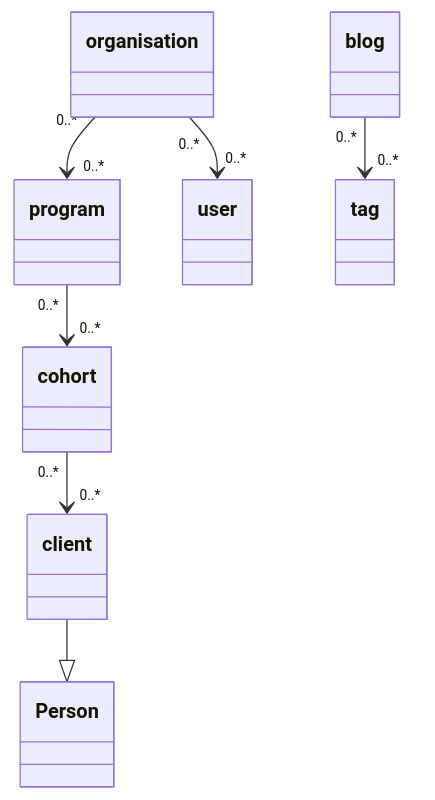
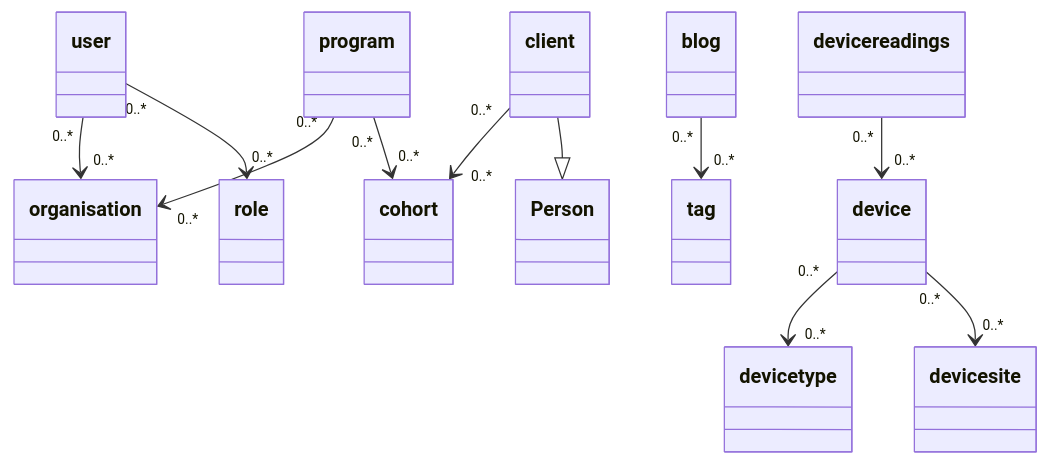
One commit to Qiksar/crudio changed the diagram in README.md. Above: the diagram before and after it, drawn with Mermaid. The commit also changed other lines of this file, not shown here.

````diff
--- a/README.md
+++ b/README.md
@@ -98,9 +128,13 @@
 ```mermaid
 classDiagram
-organisation "0..*"-->"0..*" program
-organisation "0..*"-->"0..*" user
+user "0..*"-->"0..*" organisation
+user  "0..*"-->"0..*" role
+program "0..*"-->"0..*" organisation
 program "0..*" --> "0..*" cohort
-cohort "0..*" --> "0..*" client
+client "0..*" --> "0..*" cohort
 blog "0..*" --> "0..*" tag
 client --|> Person
+device "0..*" --> "0..*" devicetype
+device "0..*" --> "0..*" devicesite
+devicereadings "0..*" --> "0..*" device
 ```
````
